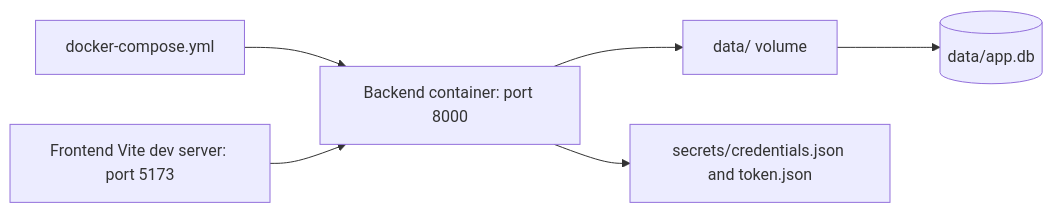
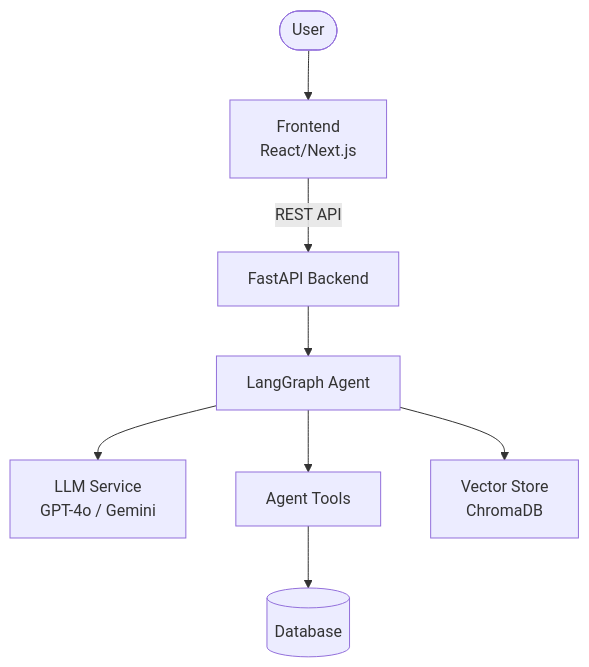
One commit to vanTanIsReal/copy_build_phase changed the first of 2 diagrams in docs/architecture_diagram.md. Above: the diagram before and after it, drawn with Mermaid. The commit also changed other lines of this file and 153 other files, not shown here.

````diff
--- a/docs/architecture_diagram.md
+++ b/docs/architecture_diagram.md
@@ -201,8 +5,10 @@
 ```mermaid
-flowchart LR
-    Compose[docker-compose.yml] --> BackendContainer[Backend container: port 8000]
-    BackendContainer --> DataVolume[data/ volume]
-    DataVolume --> SQLite[(data/app.db)]
-    BackendContainer --> Secrets[secrets/credentials.json and token.json]
-    BrowserDev[Frontend Vite dev server: port 5173] --> BackendContainer
+graph TB
+    User([User]) --> UI[Frontend<br/>React/Next.js]
+    UI -->|REST API| API[FastAPI Backend]
+    API --> Agent[LangGraph Agent]
+    Agent --> LLM[LLM Service<br/>GPT-4o / Gemini]
+    Agent --> Tools[Agent Tools]
+    Tools --> DB[(Database)]
+    Agent --> VS[Vector Store<br/>ChromaDB]
 ```
````
